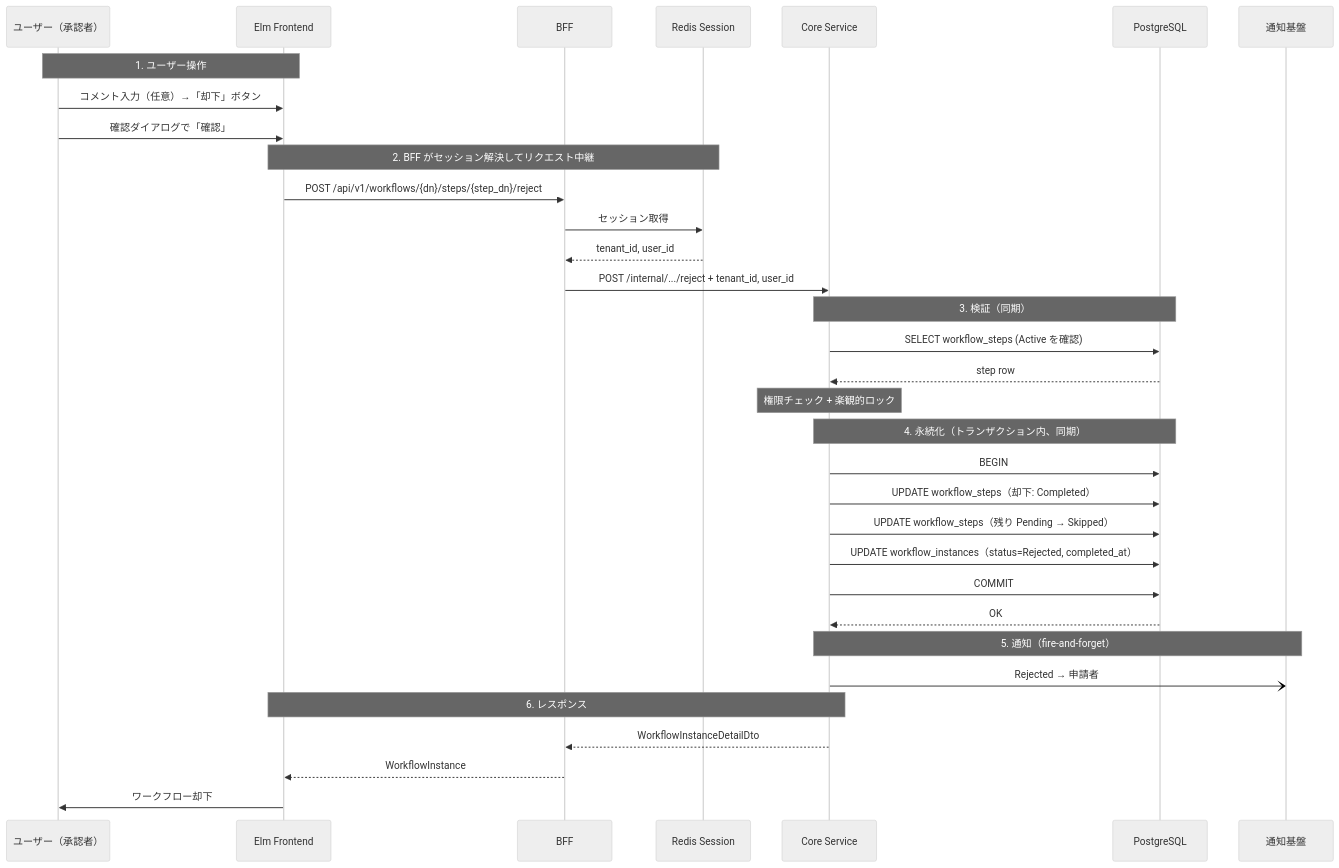
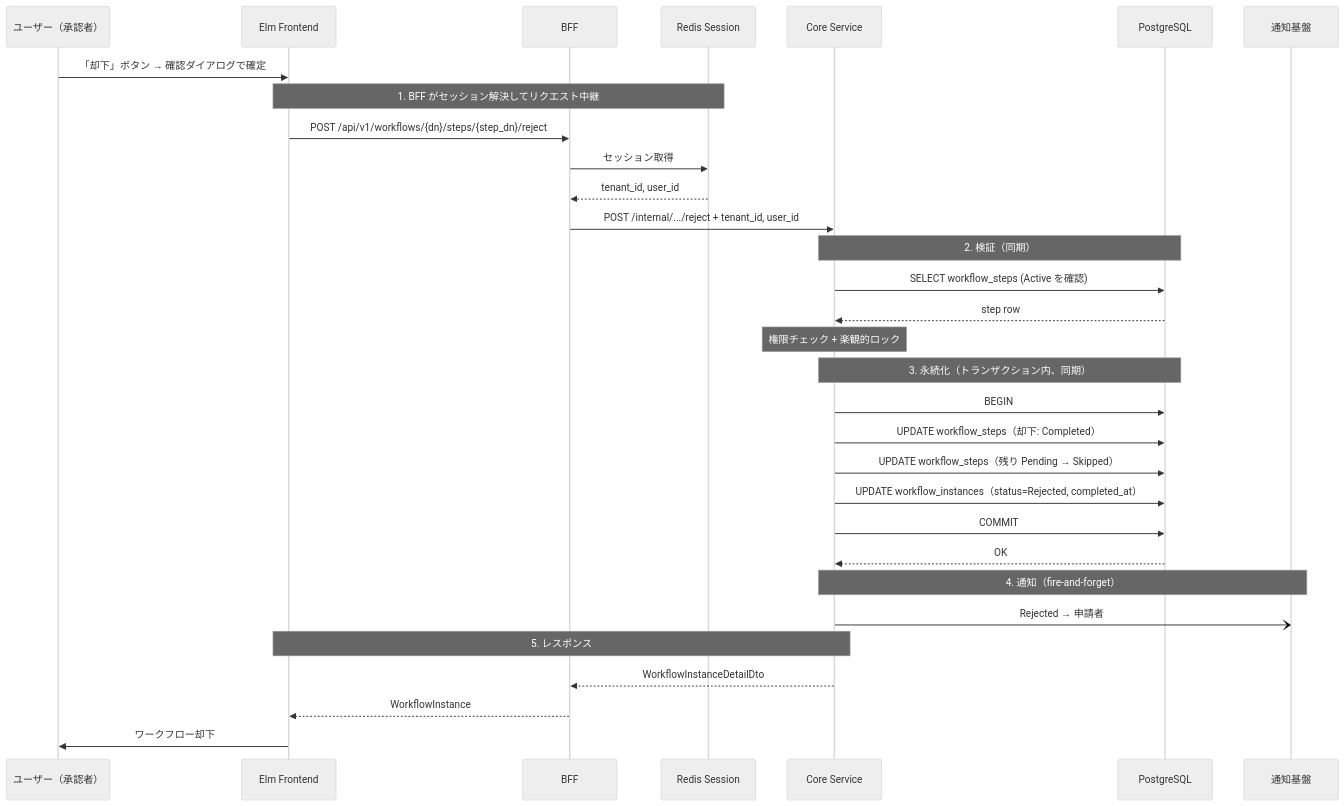
Before and after one commit to ka2kama/ringiflow: the third of 6 diagrams in docs/90_実装解説/ワークフロー/02_承認・却下フロー.md, drawn with Mermaid (neutral theme). The commit also changed other lines of this file and 1 other file, not shown here.

````diff
--- a/docs/90_実装解説/ワークフロー/02_承認・却下フロー.md
+++ b/docs/90_実装解説/ワークフロー/02_承認・却下フロー.md
@@ -106,41 +102,39 @@
 ```mermaid
 sequenceDiagram
     participant U as ユーザー（承認者）
     participant Elm as Elm Frontend
     participant BFF as BFF
     participant Redis as Redis Session
     participant Core as Core Service
     participant DB as PostgreSQL
     participant Notify as 通知基盤
 
-    Note over U, Elm: 1. ユーザー操作
-    U->>Elm: コメント入力（任意）→「却下」ボタン
-    U->>Elm: 確認ダイアログで「確認」
+    U->>Elm: 「却下」ボタン → 確認ダイアログで確定
 
-    Note over Elm, Redis: 2. BFF がセッション解決してリクエスト中継
+    Note over Elm, Redis: 1. BFF がセッション解決してリクエスト中継
     Elm->>BFF: POST /api/v1/workflows/{dn}/steps/{step_dn}/reject
     BFF->>Redis: セッション取得
     Redis-->>BFF: tenant_id, user_id
     BFF->>Core: POST /internal/.../reject + tenant_id, user_id
 
-    Note over Core, DB: 3. 検証（同期）
+    Note over Core, DB: 2. 検証（同期）
     Core->>DB: SELECT workflow_steps (Active を確認)
     DB-->>Core: step row
     Note over Core: 権限チェック + 楽観的ロック
 
-    Note over Core, DB: 4. 永続化（トランザクション内、同期）
+    Note over Core, DB: 3. 永続化（トランザクション内、同期）
     Core->>DB: BEGIN
     Core->>DB: UPDATE workflow_steps（却下: Completed）
     Core->>DB: UPDATE workflow_steps（残り Pending → Skipped）
     Core->>DB: UPDATE workflow_instances（status=Rejected, completed_at）
     Core->>DB: COMMIT
     DB-->>Core: OK
 
-    Note over Core, Notify: 5. 通知（fire-and-forget）
+    Note over Core, Notify: 4. 通知（fire-and-forget）
     Core-)Notify: Rejected → 申請者
 
-    Note over Core, Elm: 6. レスポンス
+    Note over Core, Elm: 5. レスポンス
     Core-->>BFF: WorkflowInstanceDetailDto
     BFF-->>Elm: WorkflowInstance
     Elm->>U: ワークフロー却下
 ```
````
